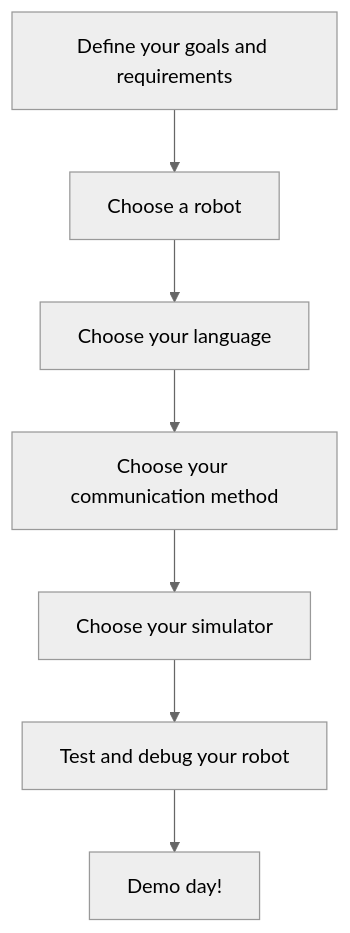
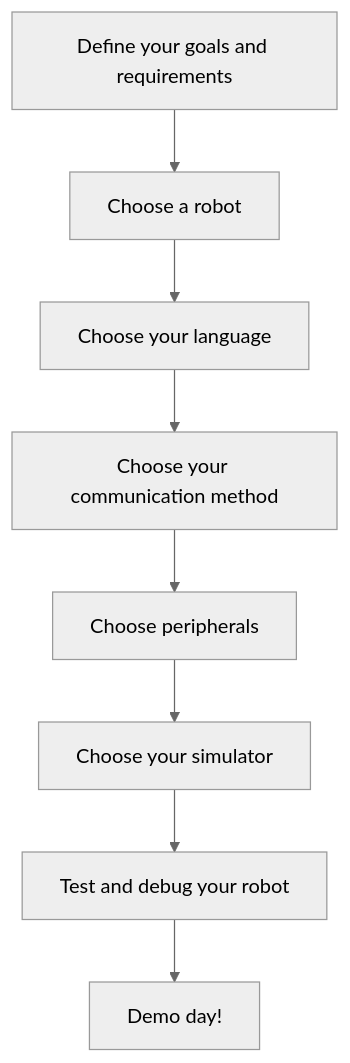
The second of 2 diagrams in wiki/robotics-project-guide/master-guide.md (RoboticsKnowledgebase/roboticsknowledgebase.github.io), drawn with Mermaid (neutral theme) before and after one commit. The commit also changed 22 other files, not shown here.

````diff
--- a/wiki/robotics-project-guide/master-guide.md
+++ b/wiki/robotics-project-guide/master-guide.md
@@ -40,15 +40,17 @@
 ```mermaid
 flowchart TD;
     A[Define your goals and requirements] --> B[Choose a robot];
     B --> C[Choose your language];
     C --> D[Choose your communication method];
-    D --> E[Choose your simulator];
-    E --> F[Test and debug your robot];
-    F --> G[Demo day!];
+    D --> E[Choose peripherals];
+    E --> F[Choose your simulator];
+    F --> G[Test and debug your robot];
+    G --> H[Demo day!];
 
     click A href "/wiki/robotics-project-guide/define-your-goals-and-requirements/"
     click B href "/wiki/robotics-project-guide/choose-a-robot/"
     click C href "/wiki/robotics-project-guide/choose-a-language/"
     click D href "/wiki/robotics-project-guide/choose-comm/"
-    click E href "/wiki/robotics-project-guide/choose-a-sim/"
+    click E href "/wiki/robotics-project-guide/choose-peripherals/"
+    click F href "/wiki/robotics-project-guide/choose-a-sim/"
 ```
````
